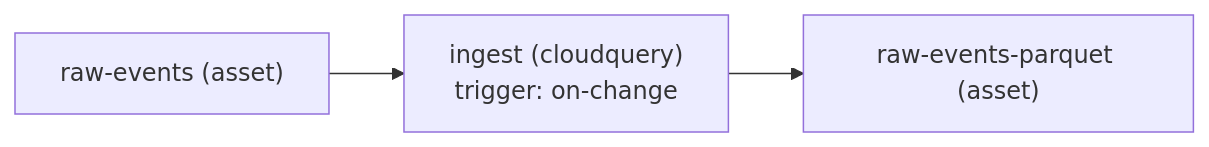
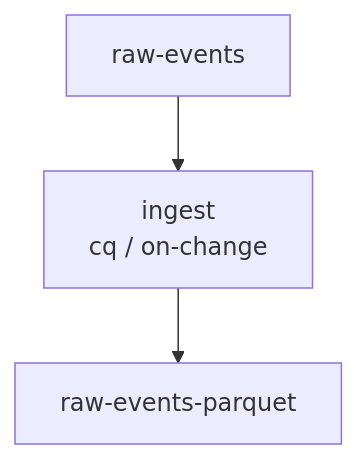
One commit to Infoblox-CTO/platform.data.kit changed the diagram in docs/reference/cli.md. Above: the diagram before and after it, drawn with Mermaid. The commit also changed other lines of this file and 44 other files, not shown here.

````diff
--- a/docs/reference/cli.md
+++ b/docs/reference/cli.md
@@ -1557,7 +1377,8 @@
 ```mermaid
-graph LR
-  raw-events["raw-events (asset)"]
-  ingest["ingest (cloudquery)\ntrigger: on-change"]
-  raw-events-parquet["raw-events-parquet (asset)"]
-  raw-events --> ingest --> raw-events-parquet
+graph TD
+  raw_events[raw-events]
+  ingest[ingest<br/>cq / on-change]
+  raw_events_parquet[raw-events-parquet]
+  raw_events --> ingest
+  ingest --> raw_events_parquet
 ```
````
